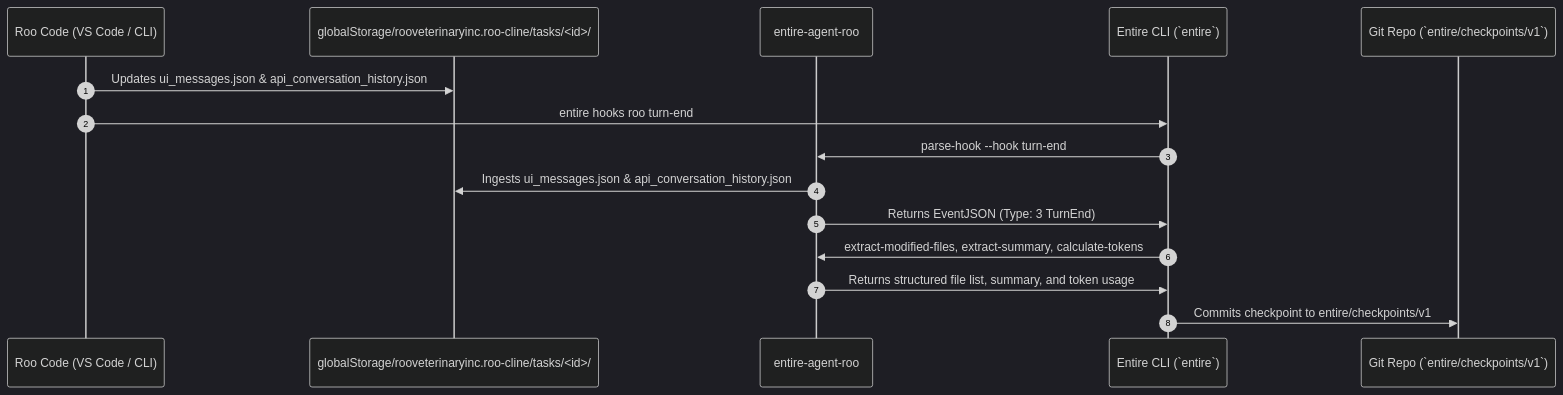
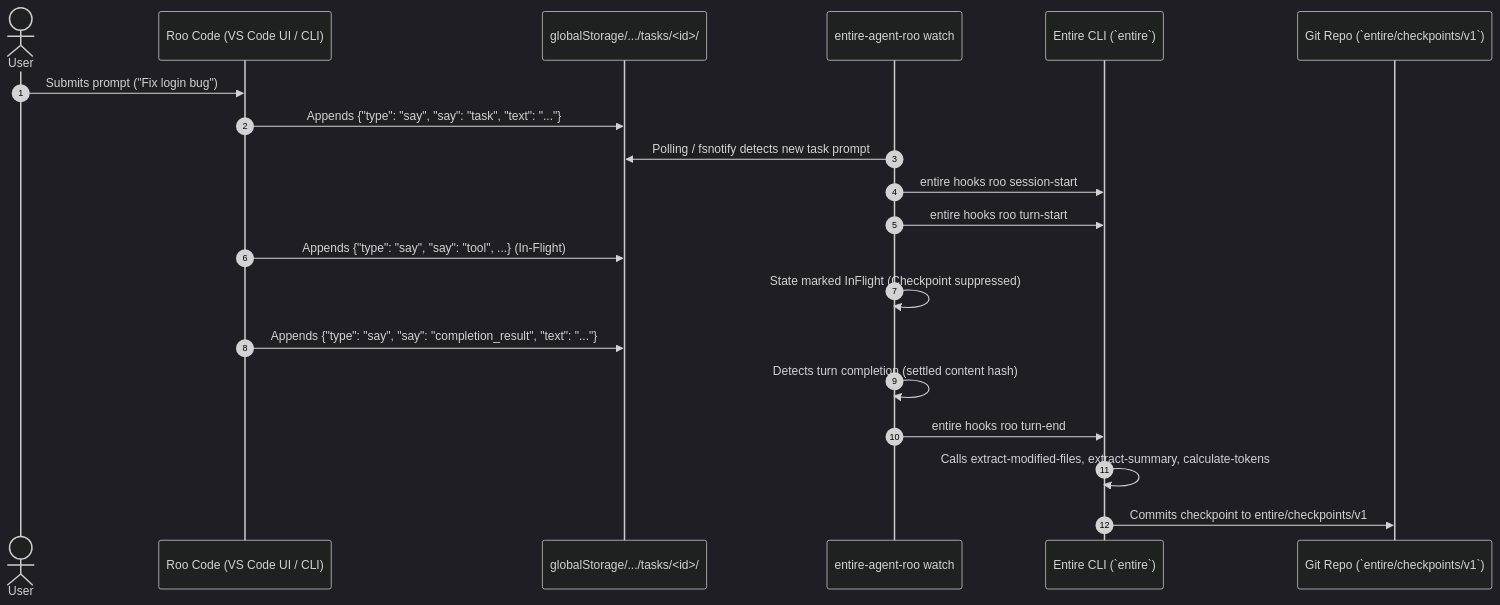
One commit to abhinavbharti2345/ContextForge changed the diagram in Buildathon/Buildathon/14 - Roo Code Adapter Specification.md. Above: the diagram before and after it, drawn with Mermaid (dark theme). The commit also changed other lines of this file and 14 other files, not shown here.

Commit message:
feat: implement Roo Code agent adapter with detection and session management logic

````diff
--- a/Buildathon/Buildathon/14 - Roo Code Adapter Specification.md
+++ b/Buildathon/Buildathon/14 - Roo Code Adapter Specification.md
@@ -21,18 +24,25 @@
 ```mermaid
 sequenceDiagram
     autonumber
-    participant Roo as Roo Code (VS Code / CLI)
-    participant Storage as globalStorage/rooveterinaryinc.roo-cline/tasks/<id>/
-    participant Adapter as entire-agent-roo
+    actor User
+    participant Roo as Roo Code (VS Code UI / CLI)
+    participant Storage as globalStorage/.../tasks/<id>/
+    participant Watcher as entire-agent-roo watch
     participant Entire as Entire CLI (`entire`)
     participant Git as Git Repo (`entire/checkpoints/v1`)
 
-    Roo->>Storage: Updates ui_messages.json & api_conversation_history.json
-    Roo->>Entire: entire hooks roo turn-end
-    Entire->>Adapter: parse-hook --hook turn-end
-    Adapter->>Storage: Ingests ui_messages.json & api_conversation_history.json
-    Adapter->>Entire: Returns EventJSON (Type: 3 TurnEnd)
-    Entire->>Adapter: extract-modified-files, extract-summary, calculate-tokens
-    Adapter->>Entire: Returns structured file list, summary, and token usage
+    User->>Roo: Submits prompt ("Fix login bug")
+    Roo->>Storage: Appends {"type": "say", "say": "task", "text": "..."}
+    Watcher->>Storage: Polling / fsnotify detects new task prompt
+    Watcher->>Entire: entire hooks roo session-start
+    Watcher->>Entire: entire hooks roo turn-start
+
+    Roo->>Storage: Appends {"type": "say", "say": "tool", ...} (In-Flight)
+    Watcher->>Watcher: State marked InFlight (Checkpoint suppressed)
+
+    Roo->>Storage: Appends {"type": "say", "say": "completion_result", "text": "..."}
+    Watcher->>Watcher: Detects turn completion (settled content hash)
+    Watcher->>Entire: entire hooks roo turn-end
+    Entire->>Entire: Calls extract-modified-files, extract-summary, calculate-tokens
     Entire->>Git: Commits checkpoint to entire/checkpoints/v1
 ```
````
